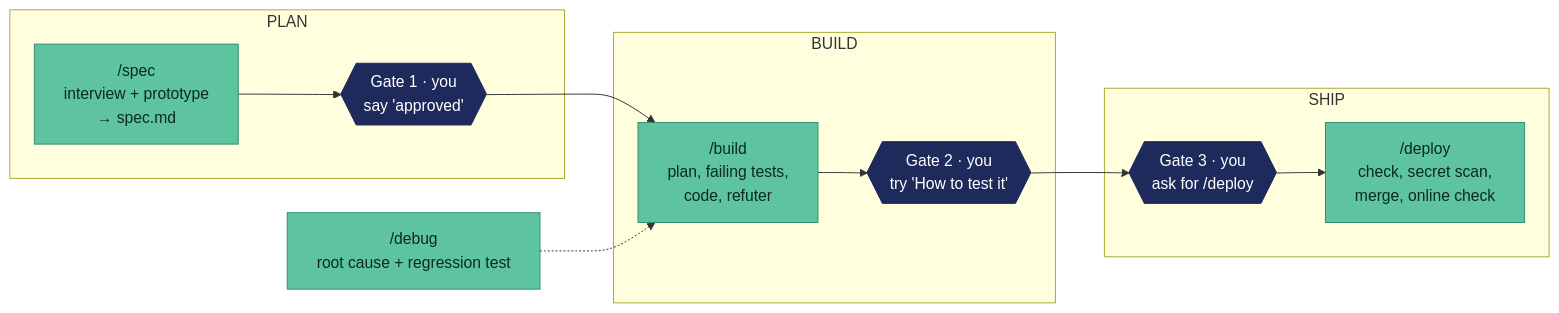
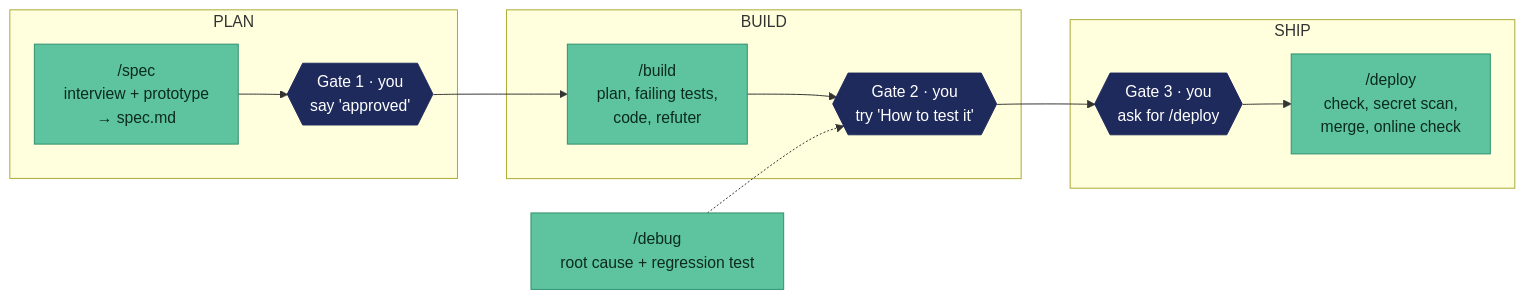
The diagram in README.md (damiansandler/software-factory), drawn with Mermaid before and after one commit. The commit also changed other lines of this file and 6 other files, not shown here.

````diff
--- a/README.md
+++ b/README.md
@@ -30,23 +30,23 @@
 ```mermaid
 flowchart LR
     subgraph PLAN
         spec["/spec<br/>interview + prototype<br/>→ spec.md"]
         g1{{"Gate 1 · you<br/>say 'approved'"}}
     end
     subgraph BUILD
         build["/build<br/>plan, failing tests,<br/>code, refuter"]
         g2{{"Gate 2 · you<br/>try 'How to test it'"}}
     end
     subgraph SHIP
         g3{{"Gate 3 · you<br/>ask for /deploy"}}
         deploy["/deploy<br/>check, secret scan,<br/>merge, online check"]
     end
     spec --> g1 --> build --> g2 --> g3 --> deploy
     debug["/debug<br/>root cause + regression test"]
-    debug -.-> build
+    debug -.-> g2
 
     classDef agent fill:#5ec4a0,stroke:#2f8f6c,color:#0b2a20
     classDef gate fill:#1f2a5c,stroke:#1f2a5c,color:#ffffff
     class spec,build,deploy,debug agent
     class g1,g2,g3 gate
 ```
````
